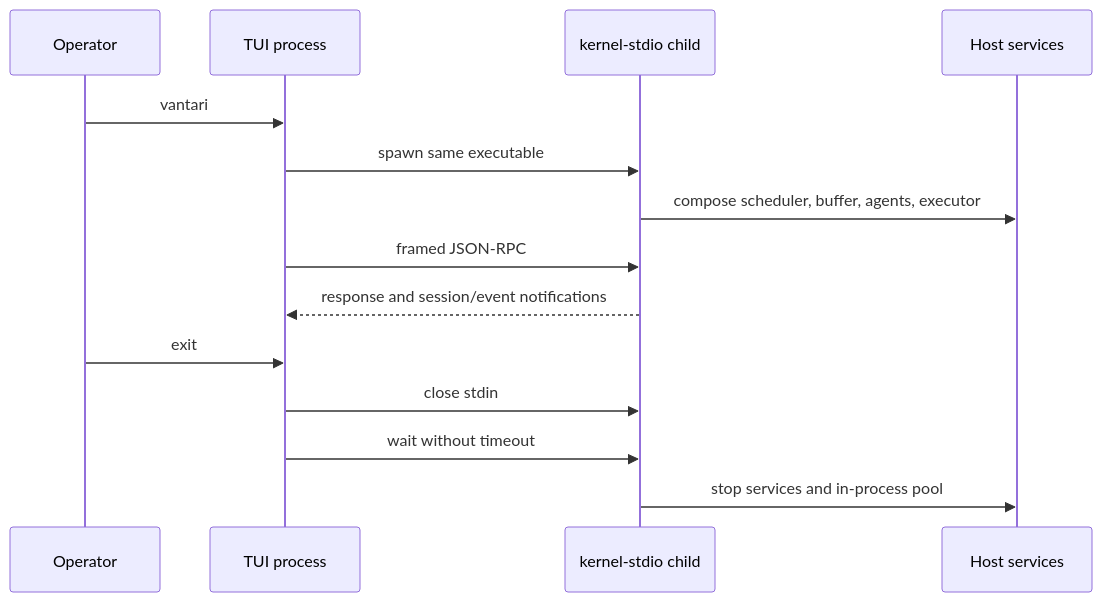
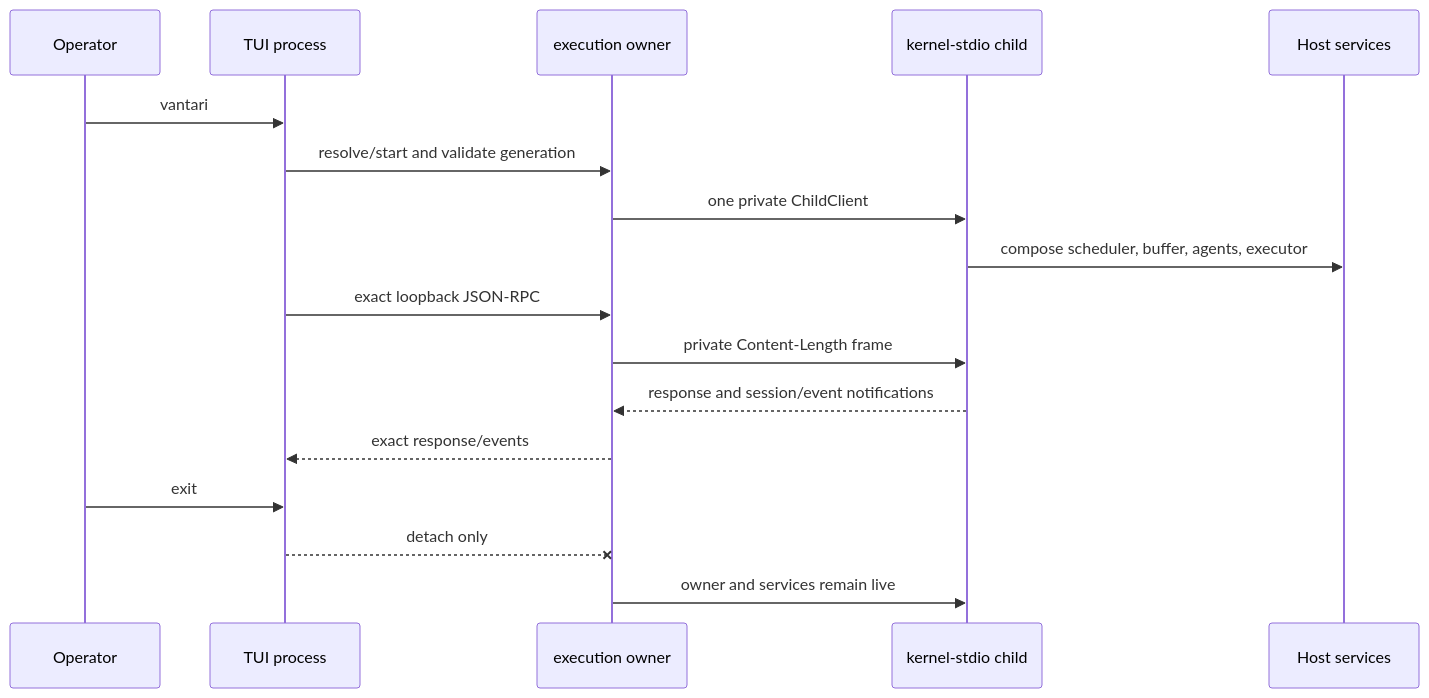
One commit to savageops/VANTARI-ONE changed the second of 4 diagrams in .docs/research/2026-08-12-full-harness-sitrep.md. Above: the diagram before and after it, drawn with Mermaid. The commit also changed other lines of this file and 34 other files, not shown here.

Commit message:
feat: persist the execution owner

```diff
--- a/.docs/research/2026-08-12-full-harness-sitrep.md
+++ b/.docs/research/2026-08-12-full-harness-sitrep.md
@@ -104,16 +109,19 @@
 ~~~mermaid
 sequenceDiagram
     participant U as Operator
     participant T as TUI process
+    participant O as execution owner
     participant K as kernel-stdio child
     participant H as Host services
     U->>T: vantari
-    T->>K: spawn same executable
+    T->>O: resolve/start and validate generation
+    O->>K: one private ChildClient
     K->>H: compose scheduler, buffer, agents, executor
-    T->>K: framed JSON-RPC
-    K-->>T: response and session/event notifications
+    T->>O: exact loopback JSON-RPC
+    O->>K: private Content-Length frame
+    K-->>O: response and session/event notifications
+    O-->>T: exact response/events
     U->>T: exit
-    T->>K: close stdin
-    T->>K: wait without timeout
-    K->>H: stop services and in-process pool
+    T--xO: detach only
+    O->>K: owner and services remain live
 ~~~
```
